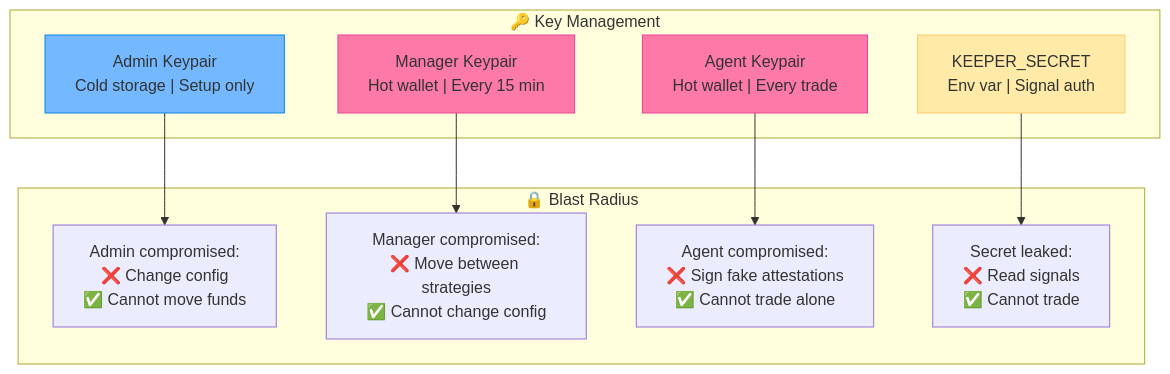
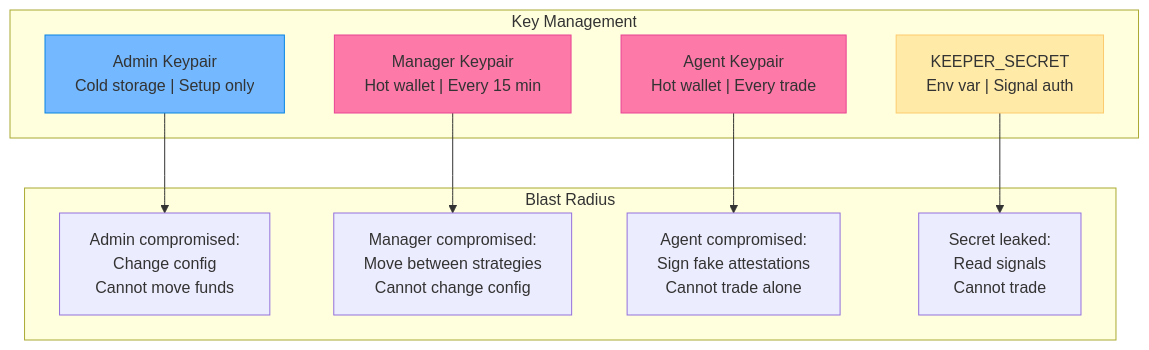
Diagram 14 of 20 in docs/ARCHITECTURE.md (Ashutosh0x/ranger-ai-vault), drawn with Mermaid before and after one commit. The commit also changed other lines of this file and 71 other files, not shown here.

````diff
--- a/docs/ARCHITECTURE.md
+++ b/docs/ARCHITECTURE.md
@@ -940,29 +940,29 @@
 ```mermaid
 graph TB
-    subgraph Keys["🔑 Key Management"]
-        AdminKey["Admin Keypair<br/>Cold storage | Setup only"]
-        ManagerKey["Manager Keypair<br/>Hot wallet | Every 15 min"]
-        AgentKey["Agent Keypair<br/>Hot wallet | Every trade"]
-        KeeperSecret["KEEPER_SECRET<br/>Env var | Signal auth"]
-    end
+ subgraph Keys[" Key Management"]
+ AdminKey["Admin Keypair<br/>Cold storage | Setup only"]
+ ManagerKey["Manager Keypair<br/>Hot wallet | Every 15 min"]
+ AgentKey["Agent Keypair<br/>Hot wallet | Every trade"]
+ KeeperSecret["KEEPER_SECRET<br/>Env var | Signal auth"]
+ end
 
-    subgraph Isolation["🔒 Blast Radius"]
-        I1["Admin compromised:<br/>❌ Change config<br/>✅ Cannot move funds"]
-        I2["Manager compromised:<br/>❌ Move between strategies<br/>✅ Cannot change config"]
-        I3["Agent compromised:<br/>❌ Sign fake attestations<br/>✅ Cannot trade alone"]
-        I4["Secret leaked:<br/>❌ Read signals<br/>✅ Cannot trade"]
-    end
+ subgraph Isolation[" Blast Radius"]
+ I1["Admin compromised:<br/> Change config<br/> Cannot move funds"]
+ I2["Manager compromised:<br/> Move between strategies<br/> Cannot change config"]
+ I3["Agent compromised:<br/> Sign fake attestations<br/> Cannot trade alone"]
+ I4["Secret leaked:<br/> Read signals<br/> Cannot trade"]
+ end
 
-    AdminKey --> I1
-    ManagerKey --> I2
-    AgentKey --> I3
-    KeeperSecret --> I4
+ AdminKey --> I1
+ ManagerKey --> I2
+ AgentKey --> I3
+ KeeperSecret --> I4
 
-    classDef cold fill:#74b9ff,stroke:#0984e3
-    classDef hot fill:#fd79a8,stroke:#e84393
-    classDef env fill:#ffeaa7,stroke:#fdcb6e
+ classDef cold fill:#74b9ff,stroke:#0984e3
+ classDef hot fill:#fd79a8,stroke:#e84393
+ classDef env fill:#ffeaa7,stroke:#fdcb6e
 
-    class AdminKey cold
-    class ManagerKey,AgentKey hot
-    class KeeperSecret env
+ class AdminKey cold
+ class ManagerKey,AgentKey hot
+ class KeeperSecret env
 ```
````
